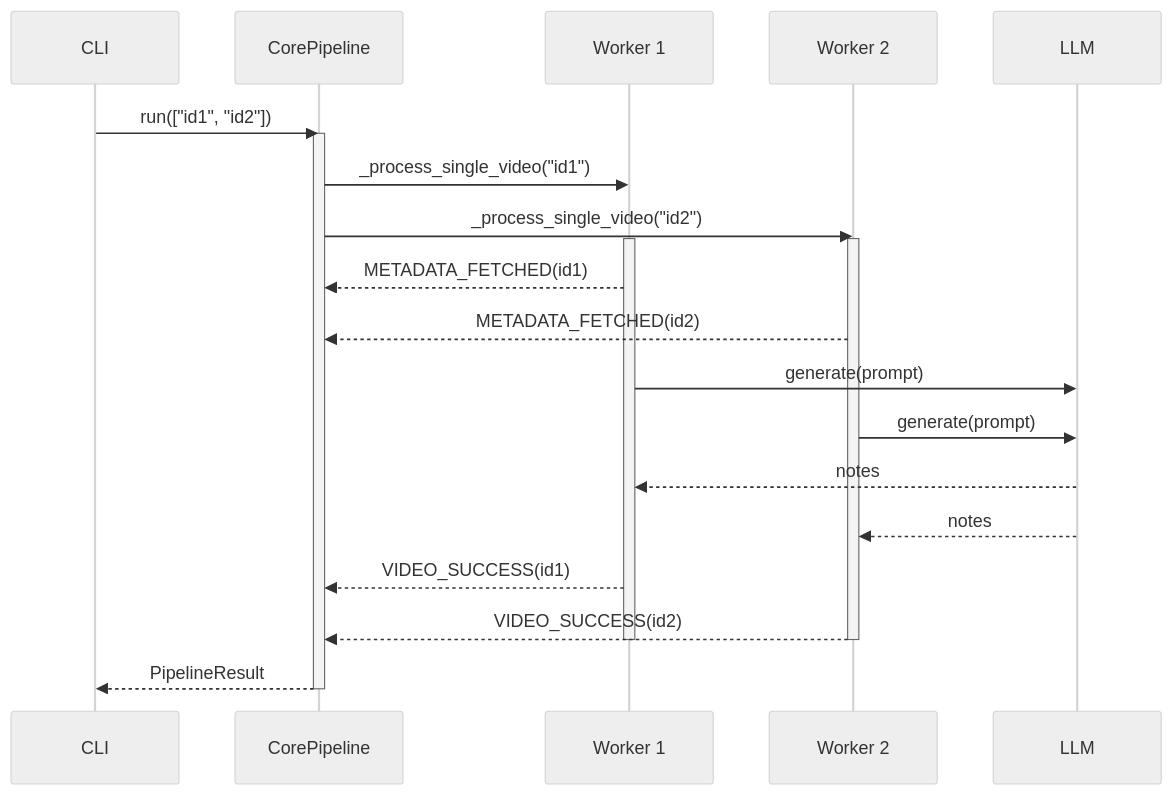
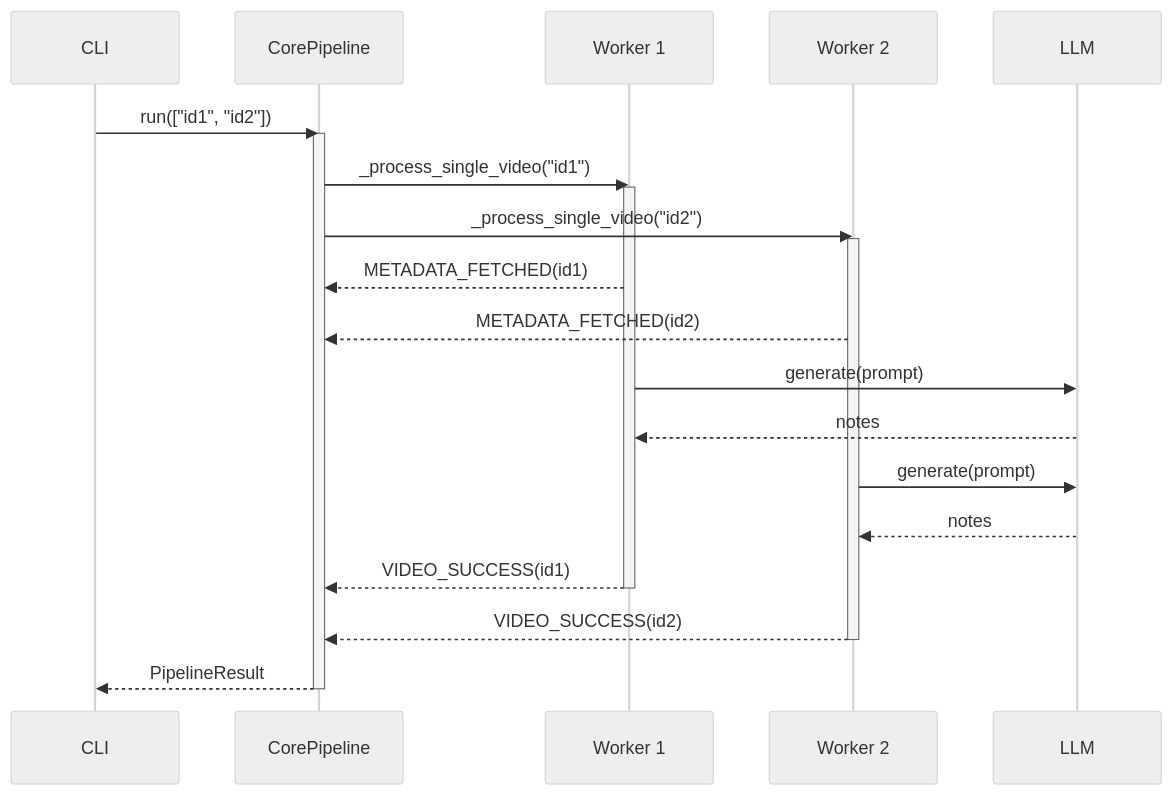
The third of 3 diagrams in ARCHITECTURE.md (whoisjayd/notewise), drawn with Mermaid (neutral theme) before and after one commit. The commit also changed other lines of this file and 1 other file, not shown here.

Commit message:
docs: update architecture diagrams for clarity and consistency

````diff
--- a/ARCHITECTURE.md
+++ b/ARCHITECTURE.md
@@ -118,27 +130,35 @@
 ```mermaid
 sequenceDiagram
     participant CLI
     participant Pipeline as CorePipeline
     participant W1 as Worker 1
     participant W2 as Worker 2
     participant LLM
 
     CLI->>Pipeline: run(["id1", "id2"])
     activate Pipeline
+
     Pipeline->>W1: _process_single_video("id1")
+    activate W1
+
     Pipeline->>W2: _process_single_video("id2")
-    activate W1
     activate W2
+
     W1-->>Pipeline: METADATA_FETCHED(id1)
     W2-->>Pipeline: METADATA_FETCHED(id2)
+
     W1->>LLM: generate(prompt)
+    LLM-->>W1: notes
+
     W2->>LLM: generate(prompt)
-    LLM-->>W1: notes
     LLM-->>W2: notes
+
     W1-->>Pipeline: VIDEO_SUCCESS(id1)
+    deactivate W1
+
     W2-->>Pipeline: VIDEO_SUCCESS(id2)
-    deactivate W1
     deactivate W2
+
     Pipeline-->>CLI: PipelineResult
     deactivate Pipeline
 ```
````
